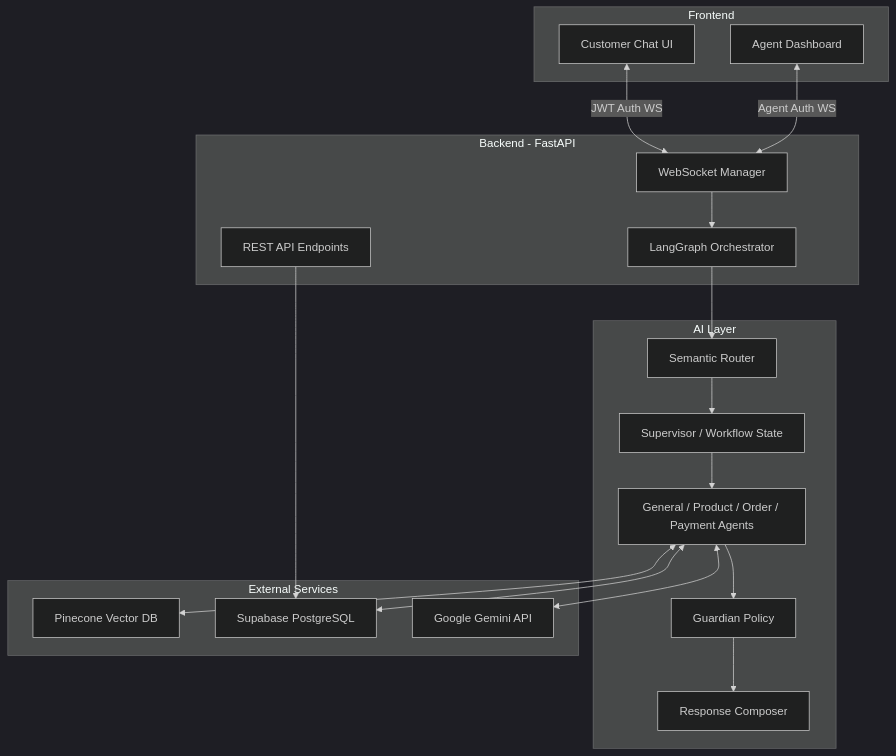
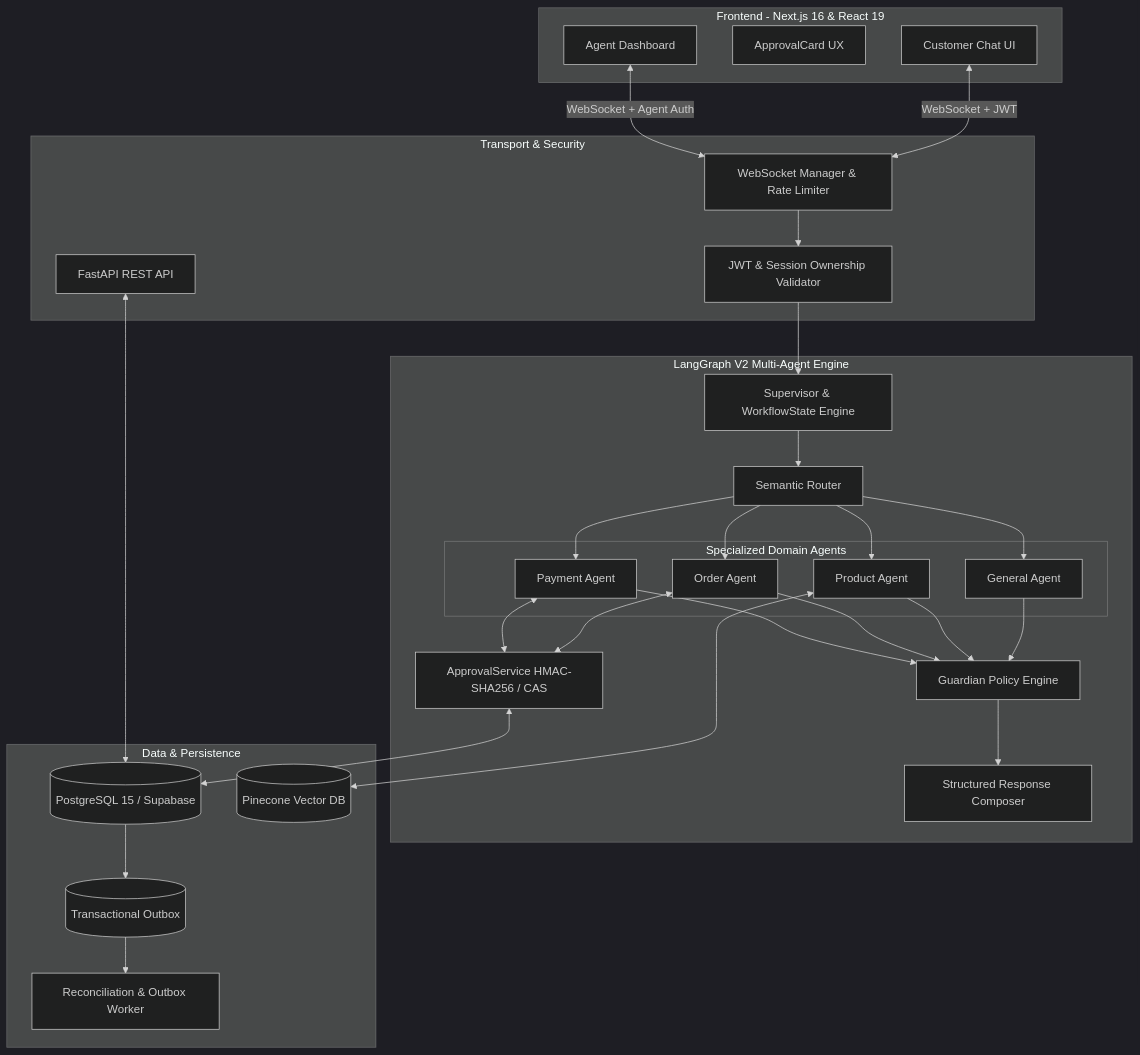
Before and after one commit to divy-jn/Customer_support_agent: the diagram in README.md, drawn with Mermaid (dark theme). The commit also changed other lines of this file and 3 other files, not shown here.

Commit message:
docs: update README with V2 architecture, cryptographic HITL engine, and CI verification

````diff
--- a/README.md
+++ b/README.md
@@ -44,38 +34,47 @@
 ```mermaid
 graph TD
-    subgraph Frontend
+    subgraph Frontend - Next.js 16 & React 19
         C[Customer Chat UI]
+        AC[ApprovalCard UX]
         A[Agent Dashboard]
     end
 
-    subgraph Backend - FastAPI
-        WS[WebSocket Manager]
-        REST[REST API Endpoints]
-        G[LangGraph Orchestrator]
+    subgraph Transport & Security
+        WS[WebSocket Manager & Rate Limiter]
+        REST[FastAPI REST API]
+        AUTH[JWT & Session Ownership Validator]
     end
 
-    subgraph AI Layer
+    subgraph LangGraph V2 Multi-Agent Engine
         SR[Semantic Router]
-        SUP[Supervisor / Workflow State]
-        DA[General / Product / Order / Payment Agents]
-        GDN[Guardian Policy]
-        RC[Response Composer]
+        SUP[Supervisor & WorkflowState Engine]
+        subgraph Specialized Domain Agents
+            GA[General Agent]
+            PA[Product Agent]
+            OA[Order Agent]
+            PYA[Payment Agent]
+        end
+        GDN[Guardian Policy Engine]
+        RC[Structured Response Composer]
+        HIL[ApprovalService HMAC-SHA256 / CAS]
     end
 
-    subgraph External Services
-        PIN[Pinecone Vector DB]
-        DB[Supabase PostgreSQL]
-        LLM[Google Gemini API]
+    subgraph Data & Persistence
+        PG[(PostgreSQL 15 / Supabase)]
+        OUTBOX[(Transactional Outbox)]
+        PIN[(Pinecone Vector DB)]
+        RW[Reconciliation & Outbox Worker]
     end
 
-    C <-->|JWT Auth WS| WS
-    A <-->|Agent Auth WS| WS
-
-    WS --> G
-    REST --> DB
-
-    G --> SR --> SUP --> DA --> GDN --> RC
-    DA <--> PIN
-    DA <--> DB
-    DA <--> LLM
+    C <-->|WebSocket + JWT| WS
+    A <-->|WebSocket + Agent Auth| WS
+    WS --> AUTH --> SUP
+    SUP --> SR
+    SR --> GA & PA & OA & PYA
+    OA & PYA <--> HIL
+    GA & PA & OA & PYA --> GDN --> RC
+    PA <--> PIN
+    HIL <--> PG
+    REST <--> PG
+    PG --> OUTBOX --> RW
 ```
````
